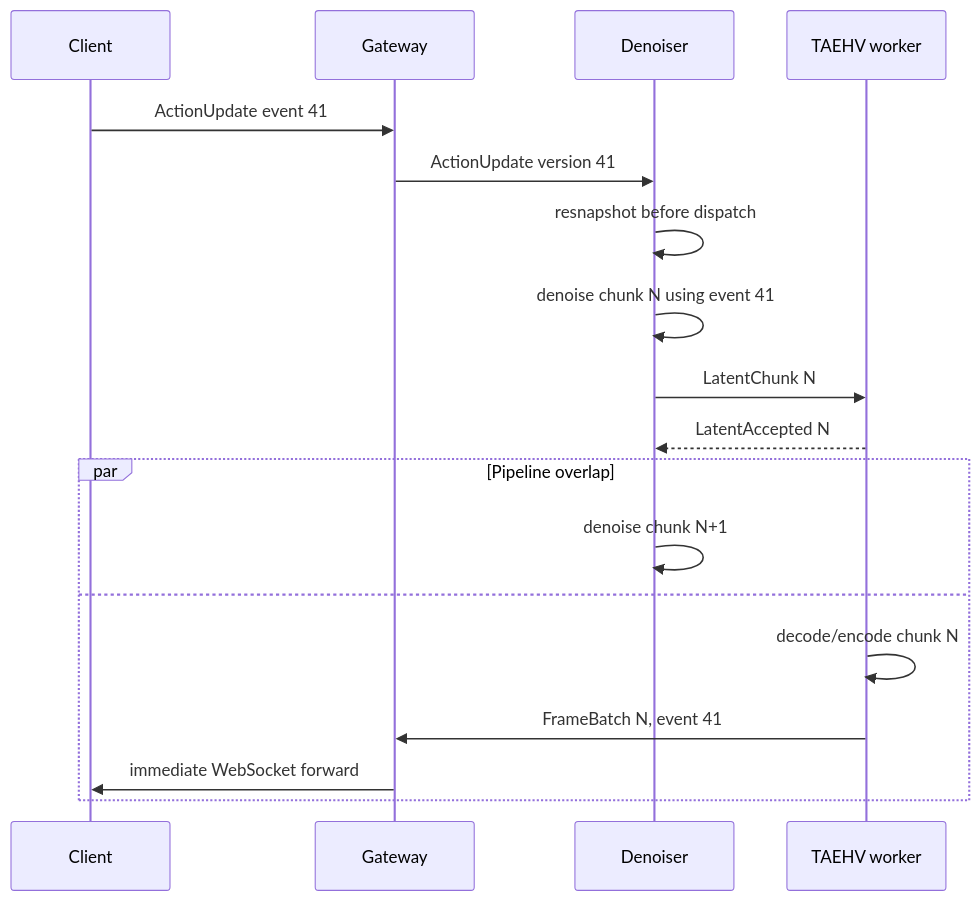
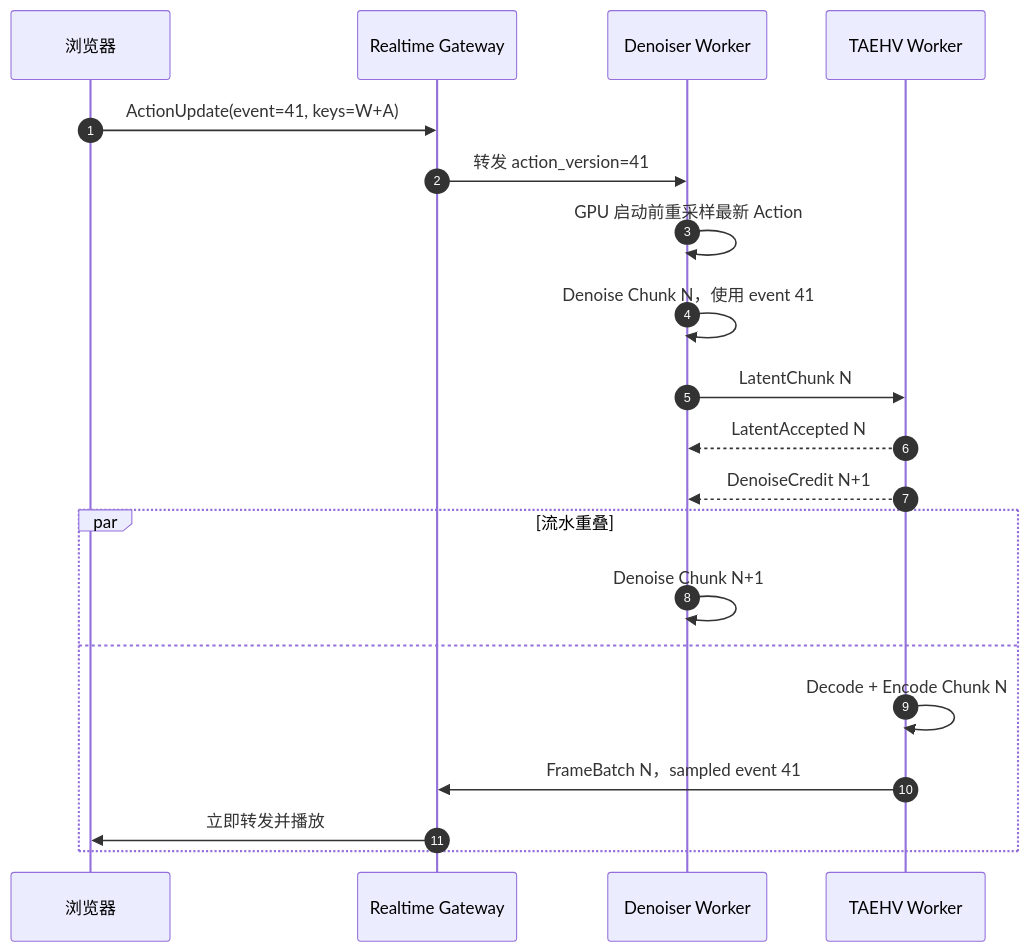
Before and after one commit to seedleap/sglang: the sixth of 7 diagrams in docs/superpowers/specs/2026-08-03-minwm-async-vae-multiuser-design.md, drawn with Mermaid. The commit also changed other lines of this file, not shown here.

Commit message:
docs: translate realtime serving design to Chinese

````diff
--- a/docs/superpowers/specs/2026-08-03-minwm-async-vae-multiuser-design.md
+++ b/docs/superpowers/specs/2026-08-03-minwm-async-vae-multiuser-design.md
@@ -402,21 +523,24 @@
 ```mermaid
 sequenceDiagram
-    participant C as Client
-    participant G as Gateway
-    participant D as Denoiser
-    participant V as TAEHV worker
+    autonumber
+    participant Browser as 浏览器
+    participant Gateway as Realtime Gateway
+    participant Denoiser as Denoiser Worker
+    participant VAE as TAEHV Worker
 
-    C->>G: ActionUpdate event 41
-    G->>D: ActionUpdate version 41
-    D->>D: resnapshot before dispatch
-    D->>D: denoise chunk N using event 41
-    D->>V: LatentChunk N
-    V-->>D: LatentAccepted N
-    par Pipeline overlap
-        D->>D: denoise chunk N+1
+    Browser->>Gateway: ActionUpdate(event=41, keys=W+A)
+    Gateway->>Denoiser: 转发 action_version=41
+    Denoiser->>Denoiser: GPU 启动前重采样最新 Action
+    Denoiser->>Denoiser: Denoise Chunk N，使用 event 41
+    Denoiser->>VAE: LatentChunk N
+    VAE-->>Denoiser: LatentAccepted N
+    VAE-->>Denoiser: DenoiseCredit N+1
+
+    par 流水重叠
+        Denoiser->>Denoiser: Denoise Chunk N+1
     and
-        V->>V: decode/encode chunk N
-        V->>G: FrameBatch N, event 41
-        G->>C: immediate WebSocket forward
+        VAE->>VAE: Decode + Encode Chunk N
+        VAE->>Gateway: FrameBatch N，sampled event 41
+        Gateway->>Browser: 立即转发并播放
     end
 ```
````
